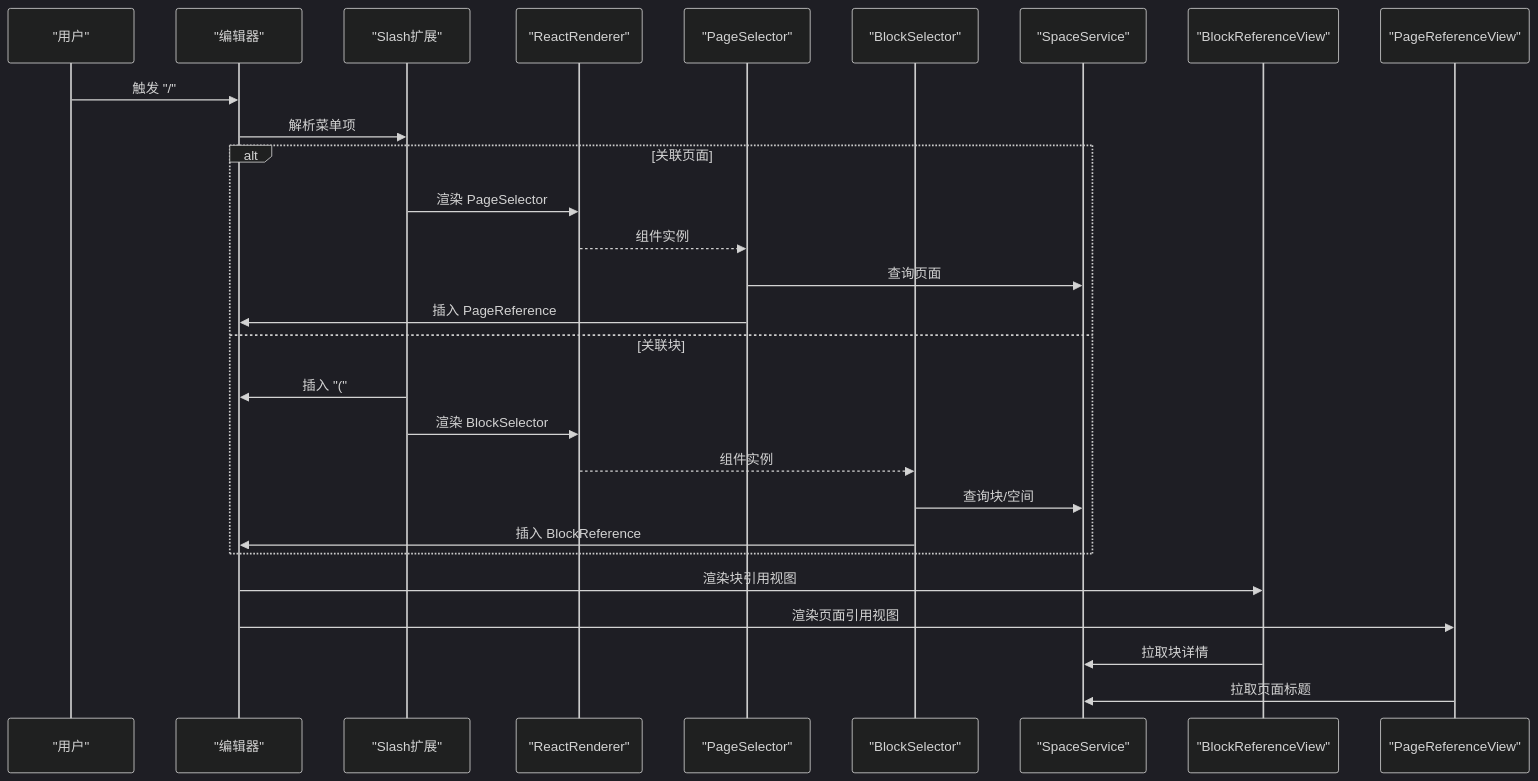
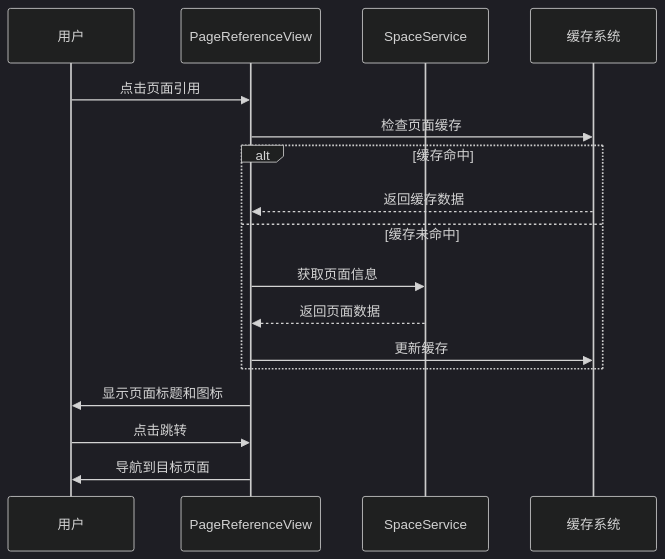
The third of 8 diagrams in .qoder/repowiki/zh/content/功能模块/块引用插件.md (LRF0422/Kotion), drawn with Mermaid (dark theme) before and after one commit. The commit also changed other lines of this file and 75 other files, not shown here.

````diff
--- a/.qoder/repowiki/zh/content/功能模块/块引用插件.md
+++ b/.qoder/repowiki/zh/content/功能模块/块引用插件.md
@@ -122,30 +164,19 @@
 ```mermaid
 sequenceDiagram
-participant U as "用户"
-participant E as "编辑器"
-participant SL as "Slash扩展"
-participant RR as "ReactRenderer"
-participant PS as "PageSelector"
-participant BS as "BlockSelector"
-participant SV as "SpaceService"
-participant BRV as "BlockReferenceView"
-participant PRV as "PageReferenceView"
-U->>E : 触发 "/"
-E->>SL : 解析菜单项
-alt 关联页面
-SL->>RR : 渲染 PageSelector
-RR-->>PS : 组件实例
-PS->>SV : 查询页面
-PS->>E : 插入 PageReference
-else 关联块
-SL->>E : 插入 "("
-SL->>RR : 渲染 BlockSelector
-RR-->>BS : 组件实例
-BS->>SV : 查询块/空间
-BS->>E : 插入 BlockReference
+participant U as 用户
+participant V as PageReferenceView
+participant S as SpaceService
+participant C as 缓存系统
+U->>V : 点击页面引用
+V->>C : 检查页面缓存
+alt 缓存命中
+C-->>V : 返回缓存数据
+else 缓存未命中
+V->>S : 获取页面信息
+S-->>V : 返回页面数据
+V->>C : 更新缓存
 end
-E->>BRV : 渲染块引用视图
-E->>PRV : 渲染页面引用视图
-BRV->>SV : 拉取块详情
-PRV->>SV : 拉取页面标题
+V->>U : 显示页面标题和图标
+U->>V : 点击跳转
+V->>U : 导航到目标页面
 ```
````
